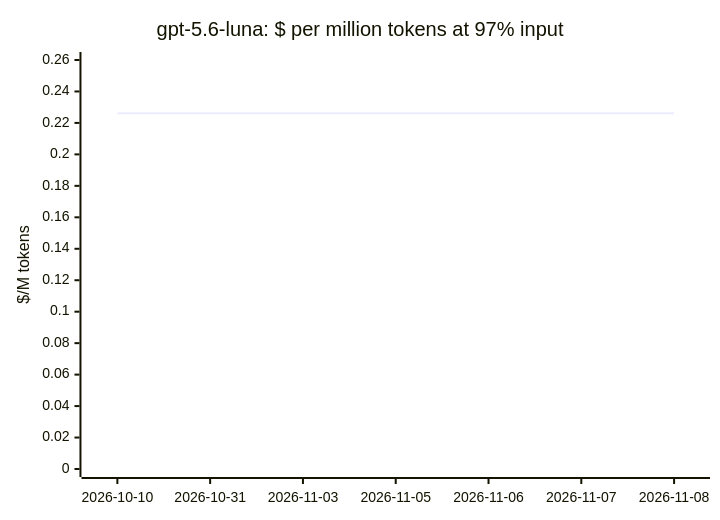
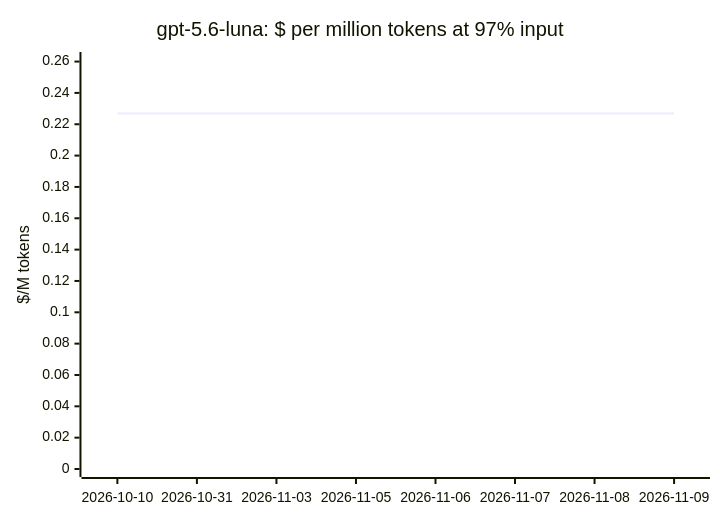
Diagram 14 of 20 in docs/openrouter-models.md (cklukas/OMEGA_TRANSFORM), drawn with Mermaid before and after one commit. The commit also changed other lines of this file and 47 other files, not shown here.

````diff
--- a/docs/openrouter-models.md
+++ b/docs/openrouter-models.md
@@ -258,7 +258,7 @@
 ```mermaid
 xychart-beta
     title "gpt-5.6-luna: $ per million tokens at 97% input"
-    x-axis ["2026-10-10", "2026-10-31", "2026-11-03", "2026-11-05", "2026-11-06", "2026-11-07", "2026-11-08"]
-    y-axis "$/M tokens" 0 --> 0.26
-    line [0.2261, 0.2261, 0.2261, 0.2261, 0.2261, 0.2261, 0.2261]
+    x-axis ["2026-10-10", "2026-10-31", "2026-11-03", "2026-11-05", "2026-11-06", "2026-11-07", "2026-11-08", "2026-11-09"]
+    y-axis "$/M tokens" 0 --> 0.261
+    line [0.2269, 0.2269, 0.2269, 0.2269, 0.2269, 0.2269, 0.2269, 0.2269]
 ```
````
